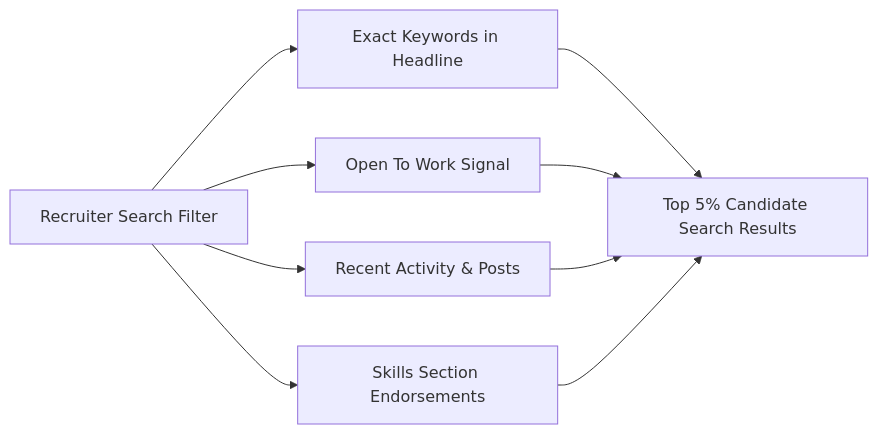
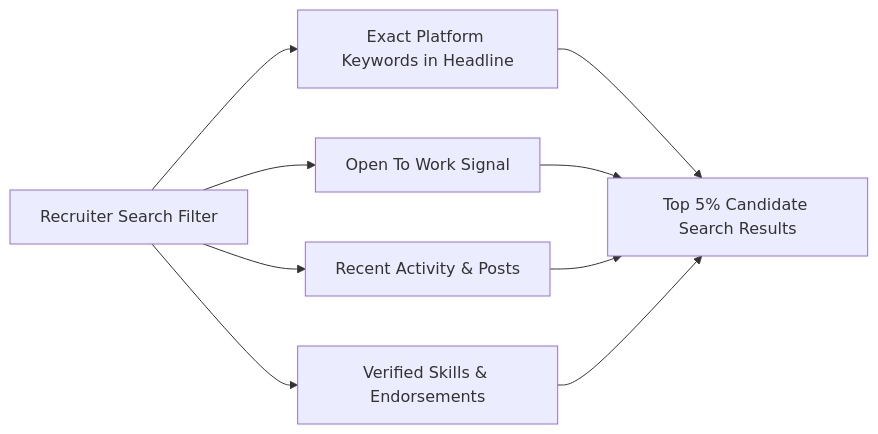
Before and after one commit to vennamprasad/DevCrack-Mobile-Interviews: the second of 4 diagrams in interviews/02_Job_Search_Strategy.md, drawn with Mermaid. The commit also changed other lines of this file and 5 other files, not shown here.

````diff
--- a/interviews/02_Job_Search_Strategy.md
+++ b/interviews/02_Job_Search_Strategy.md
@@ -53,8 +56,8 @@
 ```mermaid
 graph LR
-    A[Recruiter Search Filter] --> B[Exact Keywords in Headline]
+    A[Recruiter Search Filter] --> B[Exact Platform Keywords in Headline]
     A --> C[Open To Work Signal]
     A --> D[Recent Activity & Posts]
-    A --> E[Skills Section Endorsements]
+    A --> E[Verified Skills & Endorsements]
     B & C & D & E --> F[Top 5% Candidate Search Results]
 ```
````
